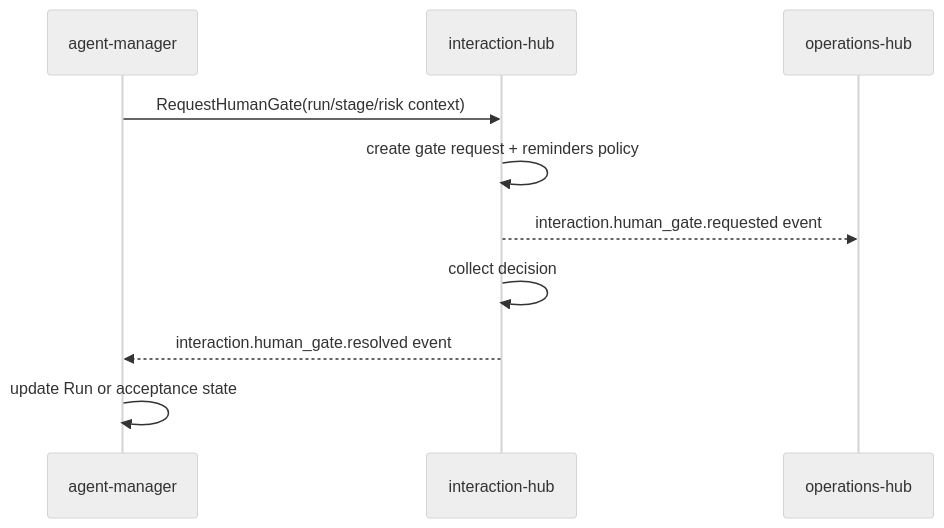
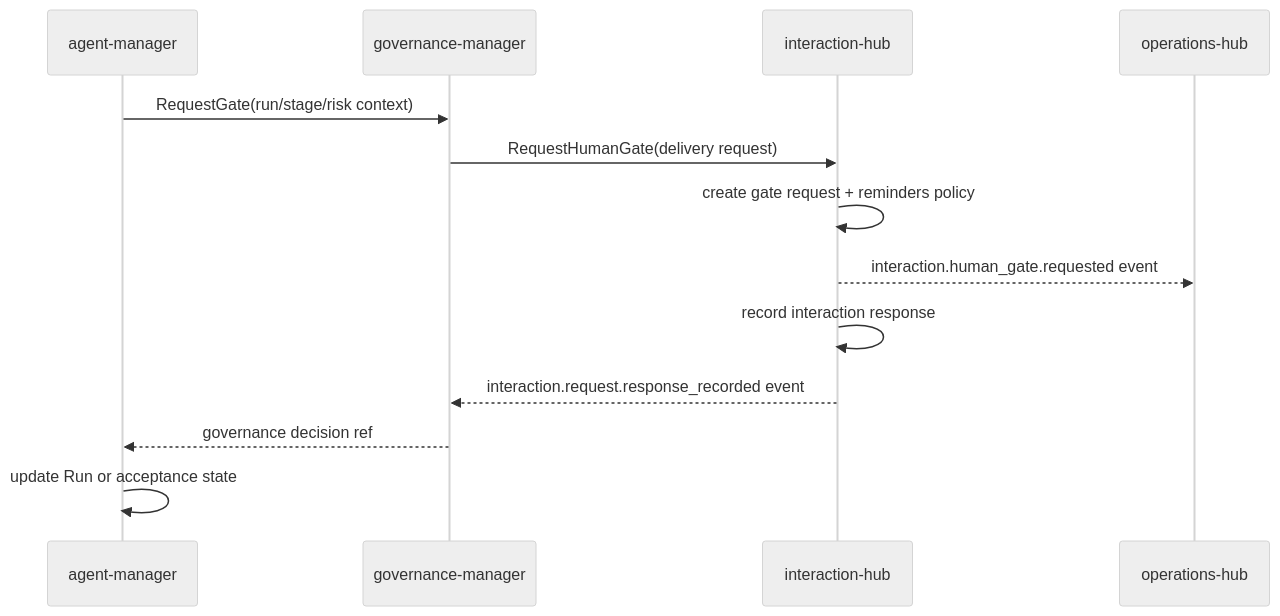
One commit to codex-k8s/kodex changed the third of 4 diagrams in docs/domains/interaction-hub/architecture/design.md. Above: the diagram before and after it, drawn with Mermaid (neutral theme). The commit also changed other lines of this file and 18 other files, not shown here.

````diff
--- a/docs/domains/interaction-hub/architecture/design.md
+++ b/docs/domains/interaction-hub/architecture/design.md
@@ -130,12 +134,15 @@
 ```mermaid
 sequenceDiagram
   participant AM as agent-manager
+  participant GOV as governance-manager
   participant IH as interaction-hub
   participant Ops as operations-hub
-  AM->>IH: RequestHumanGate(run/stage/risk context)
+  AM->>GOV: RequestGate(run/stage/risk context)
+  GOV->>IH: RequestHumanGate(delivery request)
   IH->>IH: create gate request + reminders policy
   IH-->>Ops: interaction.human_gate.requested event
-  IH->>IH: collect decision
-  IH-->>AM: interaction.human_gate.resolved event
+  IH->>IH: record interaction response
+  IH-->>GOV: interaction.request.response_recorded event
+  GOV-->>AM: governance decision ref
   AM->>AM: update Run or acceptance state
 ```
````
